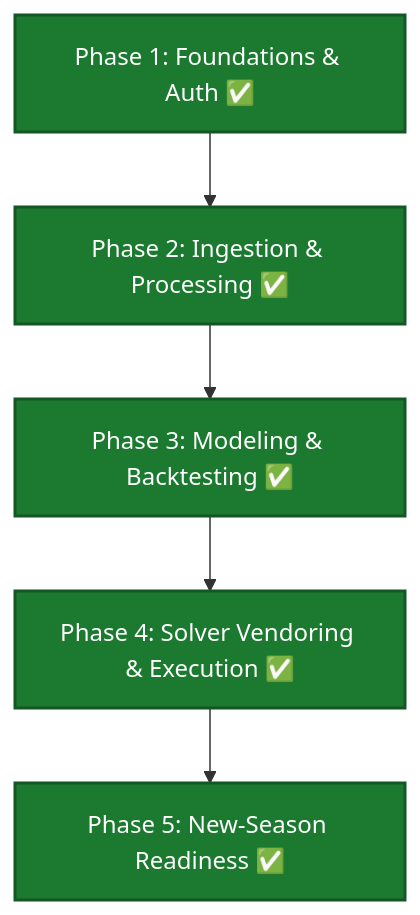
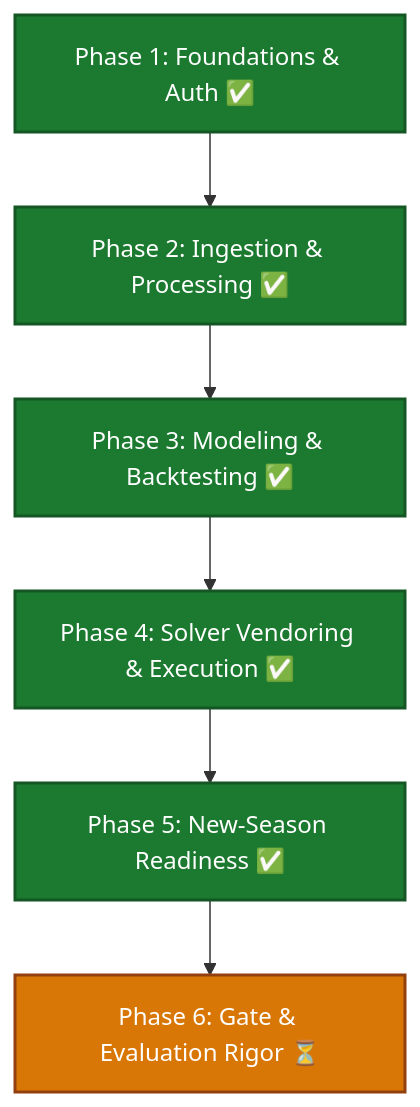
One commit to JubileeZ/fpl-jubilee-ascent changed the diagram in ROADMAP.md. Above: the diagram before and after it, drawn with Mermaid. The commit also changed other lines of this file and 5 other files, not shown here.

Commit message:
feat(research): chart Wayfinder Map #166 for Promotion Gate & Evaluation Rigor Overhaul

````diff
--- a/ROADMAP.md
+++ b/ROADMAP.md
@@ -22,12 +22,14 @@
 ```mermaid
 flowchart TD
     P1["Phase 1: Foundations & Auth ✅"] --> P2["Phase 2: Ingestion & Processing ✅"]
     P2 --> P3["Phase 3: Modeling & Backtesting ✅"]
     P3 --> P4["Phase 4: Solver Vendoring & Execution ✅"]
     P4 --> P5["Phase 5: New-Season Readiness ✅"]
+    P5 --> P6["Phase 6: Gate & Evaluation Rigor ⏳"]
     style P1 fill:#1c7a30,stroke:#155724,stroke-width:2px,color:#fff
     style P2 fill:#1c7a30,stroke:#155724,stroke-width:2px,color:#fff
     style P3 fill:#1c7a30,stroke:#155724,stroke-width:2px,color:#fff
     style P4 fill:#1c7a30,stroke:#155724,stroke-width:2px,color:#fff
     style P5 fill:#1c7a30,stroke:#155724,stroke-width:2px,color:#fff
+    style P6 fill:#d97706,stroke:#92400e,stroke-width:2px,color:#fff
 ```
````
